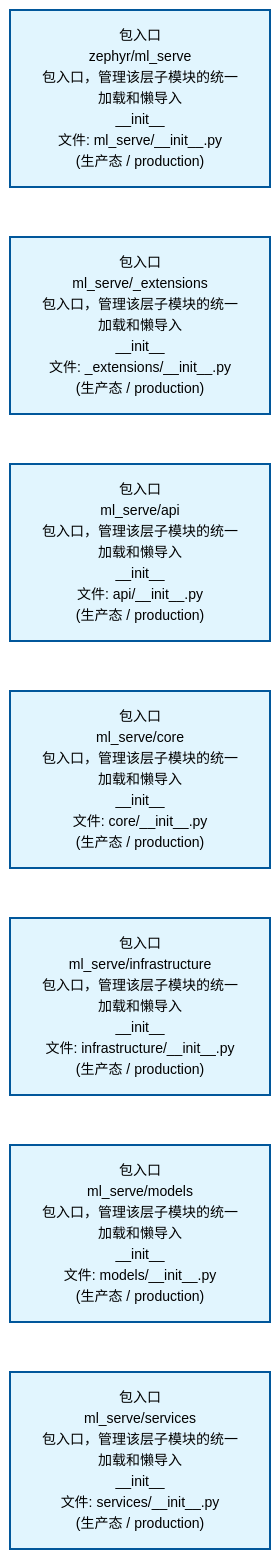
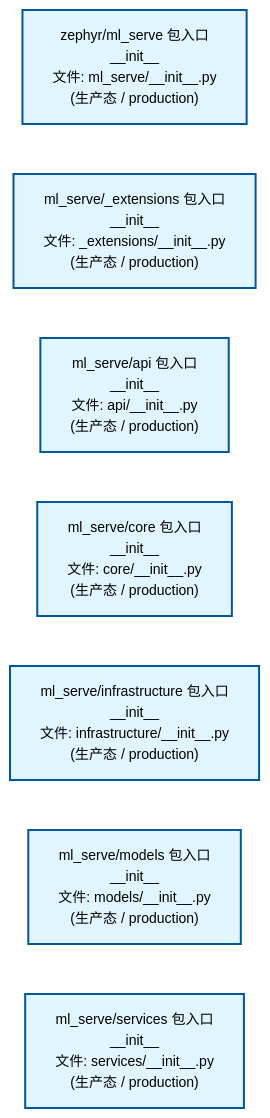
One commit to xuanFelixVan/ZephyrAlpha changed the second of 2 diagrams in docs/02_enterprise_architecture/02_domain_architecture_docs/60_d_ml_serve.md. Above: the diagram before and after it, drawn with Mermaid. The commit also changed other lines of this file and 61 other files, not shown here.

````diff
--- a/docs/02_enterprise_architecture/02_domain_architecture_docs/60_d_ml_serve.md
+++ b/docs/02_enterprise_architecture/02_domain_architecture_docs/60_d_ml_serve.md
@@ -80,22 +80,22 @@
 ```mermaid
 %%{init: {'theme': 'base', 'themeVariables': {'primaryColor': '#eaeaea', 'primaryTextColor': '#333333', 'primaryBorderColor': '#666666', 'lineColor': '#666666', 'secondaryColor': '#eaeaea', 'tertiaryColor': '#eaeaea', 'fontSize': '14px'}}}%%
 flowchart TD
-    src_zephyr_ml_serve_init_py["包入口<br/>zephyr/ml_serve<br/>包入口，管理该层子模块的统一加载和懒导入<br/>__init__<br/>文件: ml_serve/__init__.py<br/>(生产态 / production)"]
-    src_zephyr_ml_serve_extensions_init_py["包入口<br/>ml_serve/_extensions<br/>包入口，管理该层子模块的统一加载和懒导入<br/>__init__<br/>文件: _extensions/__init__.py<br/>(生产态 / production)"]
-    src_zephyr_ml_serve_api_init_py["包入口<br/>ml_serve/api<br/>包入口，管理该层子模块的统一加载和懒导入<br/>__init__<br/>文件: api/__init__.py<br/>(生产态 / production)"]
-    src_zephyr_ml_serve_core_init_py["包入口<br/>ml_serve/core<br/>包入口，管理该层子模块的统一加载和懒导入<br/>__init__<br/>文件: core/__init__.py<br/>(生产态 / production)"]
-    src_zephyr_ml_serve_infrastructure_init_py["包入口<br/>ml_serve/infrastructure<br/>包入口，管理该层子模块的统一加载和懒导入<br/>__init__<br/>文件: infrastructure/__init__.py<br/>(生产态 / production)"]
-    src_zephyr_ml_serve_models_init_py["包入口<br/>ml_serve/models<br/>包入口，管理该层子模块的统一加载和懒导入<br/>__init__<br/>文件: models/__init__.py<br/>(生产态 / production)"]
-    src_zephyr_ml_serve_services_init_py["包入口<br/>ml_serve/services<br/>包入口，管理该层子模块的统一加载和懒导入<br/>__init__<br/>文件: services/__init__.py<br/>(生产态 / production)"]
+    src_zephyr_ml_serve_init_py["zephyr/ml_serve 包入口<br/>__init__<br/>文件: ml_serve/__init__.py<br/>(生产态 / production)"]
+    src_zephyr_ml_serve_extensions_init_py["ml_serve/_extensions 包入口<br/>__init__<br/>文件: _extensions/__init__.py<br/>(生产态 / production)"]
+    src_zephyr_ml_serve_api_init_py["ml_serve/api 包入口<br/>__init__<br/>文件: api/__init__.py<br/>(生产态 / production)"]
+    src_zephyr_ml_serve_core_init_py["ml_serve/core 包入口<br/>__init__<br/>文件: core/__init__.py<br/>(生产态 / production)"]
+    src_zephyr_ml_serve_infrastructure_init_py["ml_serve/infrastructure 包入口<br/>__init__<br/>文件: infrastructure/__init__.py<br/>(生产态 / production)"]
+    src_zephyr_ml_serve_models_init_py["ml_serve/models 包入口<br/>__init__<br/>文件: models/__init__.py<br/>(生产态 / production)"]
+    src_zephyr_ml_serve_services_init_py["ml_serve/services 包入口<br/>__init__<br/>文件: services/__init__.py<br/>(生产态 / production)"]
     src_zephyr_ml_serve_init_py ~~~ src_zephyr_ml_serve_extensions_init_py
     src_zephyr_ml_serve_extensions_init_py ~~~ src_zephyr_ml_serve_api_init_py
     src_zephyr_ml_serve_api_init_py ~~~ src_zephyr_ml_serve_core_init_py
     src_zephyr_ml_serve_core_init_py ~~~ src_zephyr_ml_serve_infrastructure_init_py
     src_zephyr_ml_serve_infrastructure_init_py ~~~ src_zephyr_ml_serve_models_init_py
     src_zephyr_ml_serve_models_init_py ~~~ src_zephyr_ml_serve_services_init_py
     classDef production fill:#e1f5fe,stroke:#01579b,stroke-width:2px,color:#000
     classDef design fill:#fff3e0,stroke:#e65100,stroke-width:2px,color:#000,stroke-dasharray: 5 5
     classDef external_prod fill:#e8f4fd,stroke:#0277bd,stroke-width:1px,color:#000
     classDef external_design fill:#fff8e7,stroke:#ef6c00,stroke-width:1px,color:#000,stroke-dasharray: 5 5
     class src_zephyr_ml_serve_init_py,src_zephyr_ml_serve_extensions_init_py,src_zephyr_ml_serve_api_init_py,src_zephyr_ml_serve_core_init_py,src_zephyr_ml_serve_infrastructure_init_py,src_zephyr_ml_serve_models_init_py,src_zephyr_ml_serve_services_init_py production
 ```
````
